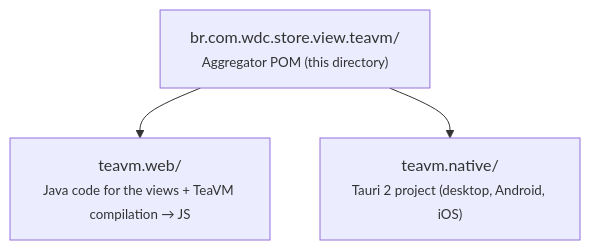
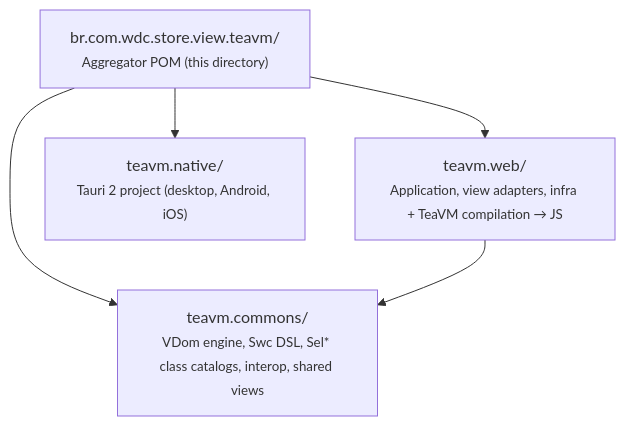
One commit to mrcdom/wdc-cube-java-v2 changed the diagram in fontes/br.com.wdc.store/br.com.wdc.store.view.teavm/README.md. Above: the diagram before and after it, drawn with Mermaid. The commit also changed other lines of this file and 50 other files, not shown here.

````diff
--- a/fontes/br.com.wdc.store/br.com.wdc.store.view.teavm/README.md
+++ b/fontes/br.com.wdc.store/br.com.wdc.store.view.teavm/README.md
@@ -24,9 +24,12 @@
 ```mermaid
 graph TD
     root["br.com.wdc.store.view.teavm/<br/><small>Aggregator POM (this directory)</small>"]
-    web["teavm.web/<br/><small>Java code for the views + TeaVM compilation → JS</small>"]
+    commons["teavm.commons/<br/><small>VDom engine, Swc DSL, Sel* class catalogs, interop, shared views</small>"]
+    web["teavm.web/<br/><small>Application, view adapters, infra + TeaVM compilation → JS</small>"]
     native["teavm.native/<br/><small>Tauri 2 project (desktop, Android, iOS)</small>"]
 
+    root --> commons
     root --> web
     root --> native
+    web --> commons
 ```
````
